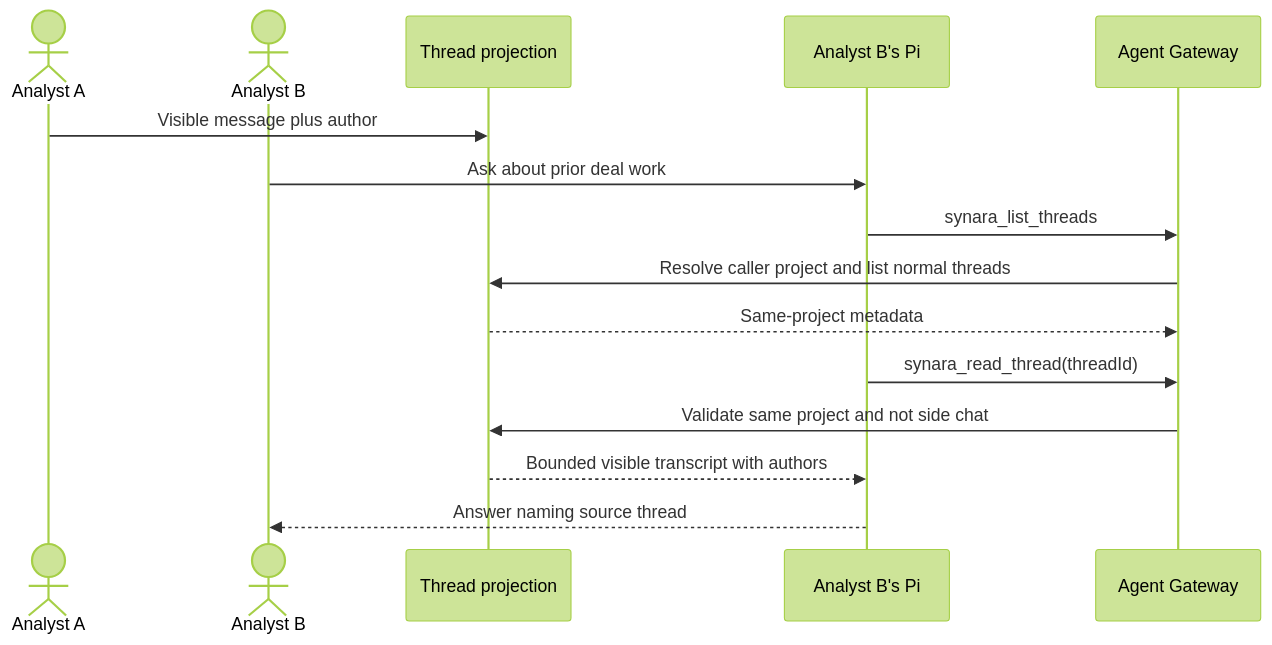
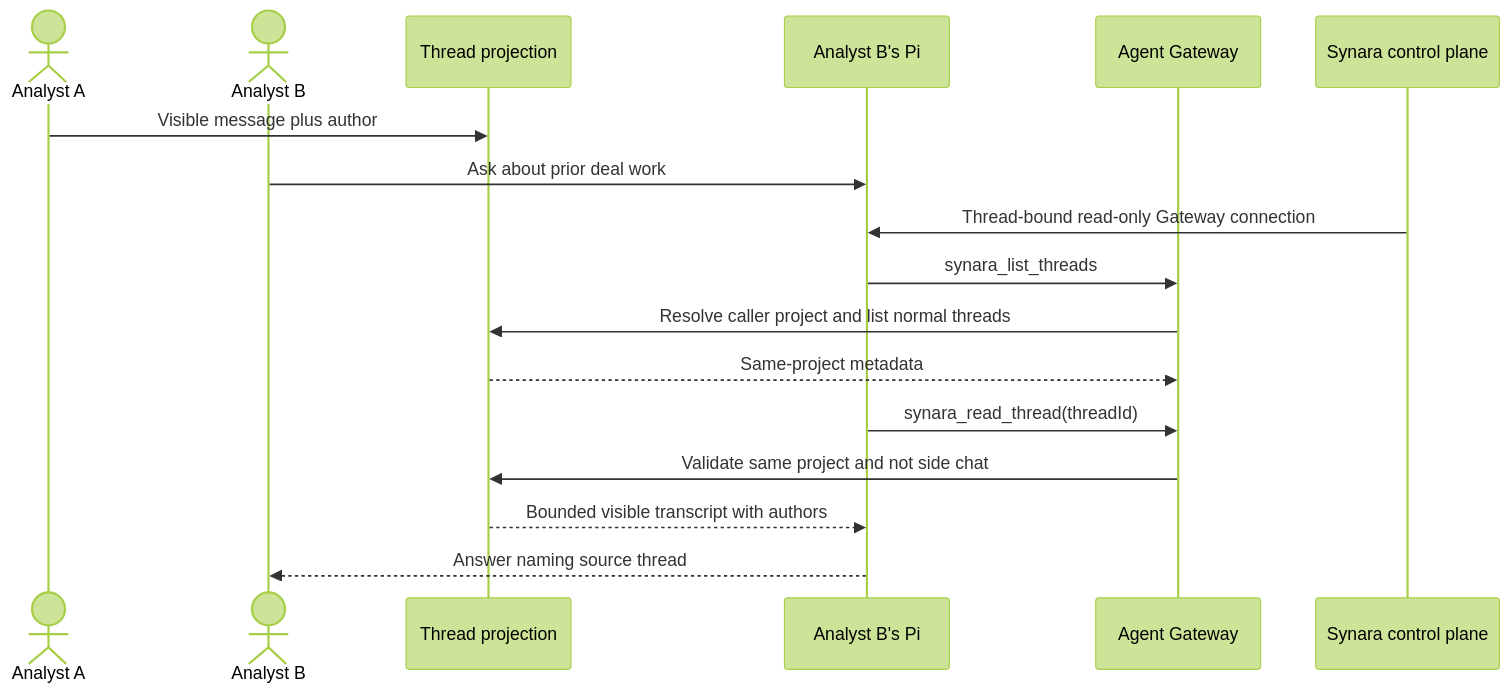
One commit to adityachaudhry/synara changed the second of 4 diagrams in docs/superpowers/specs/2026-08-30-glasswing-chat-context-persistence-design.md. Above: the diagram before and after it, drawn with Mermaid (forest theme). The commit also changed other lines of this file and 30 other files, not shown here.

````diff
--- a/docs/superpowers/specs/2026-08-30-glasswing-chat-context-persistence-design.md
+++ b/docs/superpowers/specs/2026-08-30-glasswing-chat-context-persistence-design.md
@@ -44,17 +44,19 @@
 ```mermaid
 sequenceDiagram
     actor AnalystA as Analyst A
     actor AnalystB as Analyst B
     participant Projection as Thread projection
     participant Pi as Analyst B's Pi
     participant Gateway as Agent Gateway
+    participant Control as Synara control plane
     AnalystA->>Projection: Visible message plus author
     AnalystB->>Pi: Ask about prior deal work
+    Control->>Pi: Thread-bound read-only Gateway connection
     Pi->>Gateway: synara_list_threads
     Gateway->>Projection: Resolve caller project and list normal threads
     Projection-->>Gateway: Same-project metadata
     Pi->>Gateway: synara_read_thread(threadId)
     Gateway->>Projection: Validate same project and not side chat
     Projection-->>Pi: Bounded visible transcript with authors
     Pi-->>AnalystB: Answer naming source thread
 ```
````
